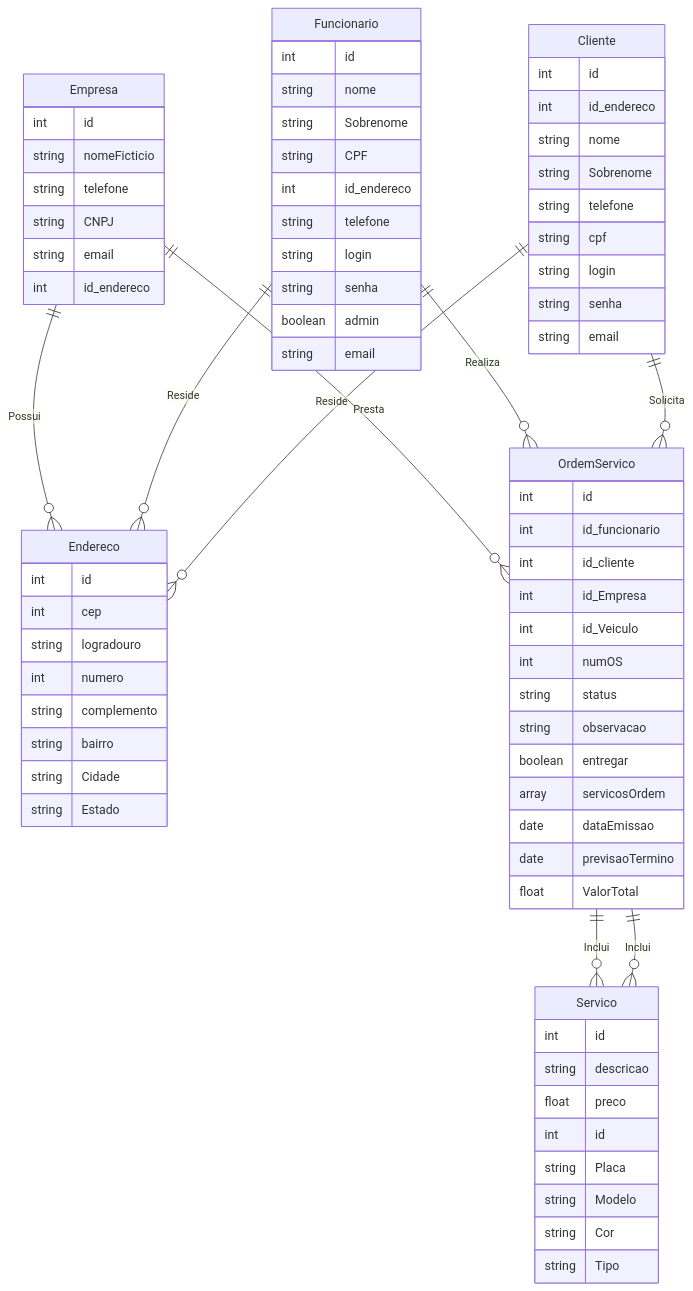
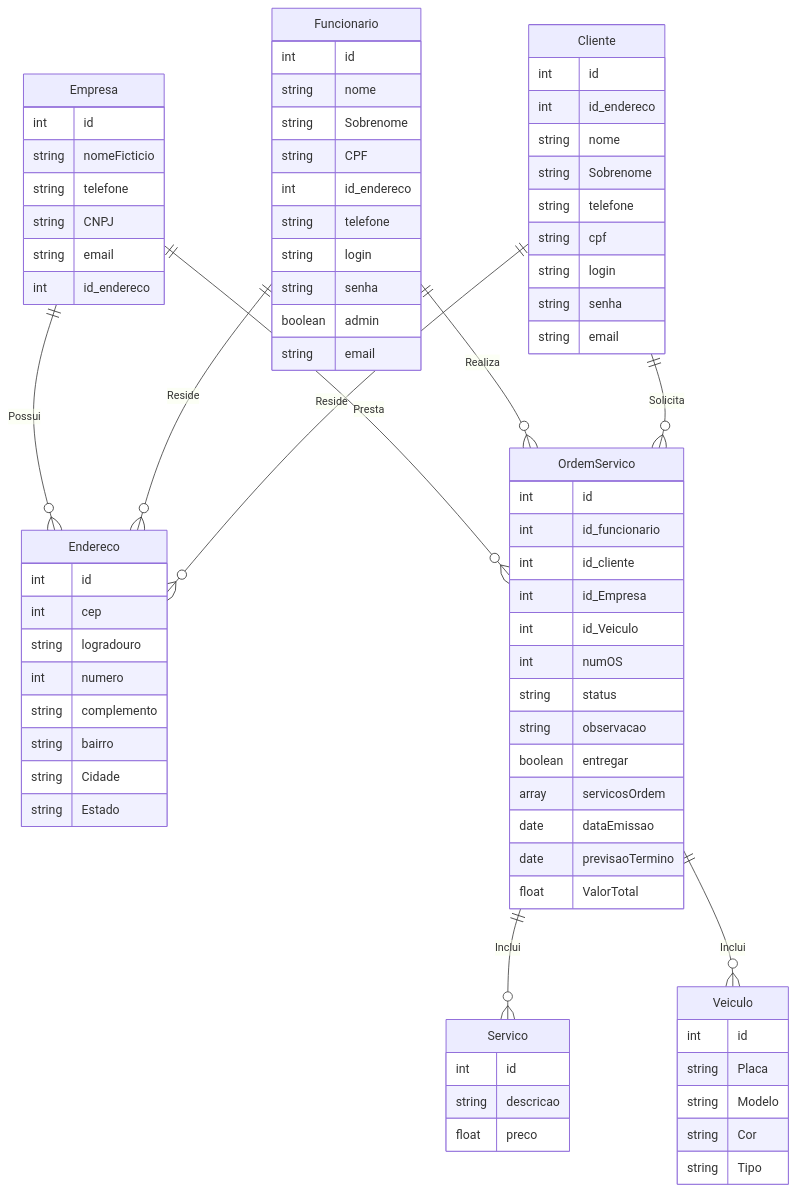
One commit to raunerlucas/Projeto-Sistema-LavaJato changed the diagram in README.md. Above: the diagram before and after it, drawn with Mermaid.

Commit message:
BC Update

````diff
--- a/README.md
+++ b/README.md
@@ -5,80 +5,80 @@
 ```mermaid
 erDiagram
   Empresa ||--o{ Endereco : Possui
   Empresa {
       int id
       string nomeFicticio
       string telefone
       string CNPJ
       string email
       int id_endereco
   }
   Funcionario ||--o{ Endereco : Reside
   Funcionario {
       int id
       string nome
       string Sobrenome
       string CPF
       int id_endereco
       string telefone
       string login
       string senha
       boolean admin
       string email
   }
   Cliente ||--o{ Endereco : Reside
   Cliente {
       int id
       int id_endereco
       string nome
       string Sobrenome
       string telefone
       string cpf
       string login
       string senha
       string email
   }
   Endereco {
       int id
       int cep
       string logradouro
       int numero
       string complemento
       string bairro
       string Cidade
       string Estado
   }
   Empresa ||--o{ OrdemServico : Presta
   Funcionario ||--o{ OrdemServico : Realiza
   Cliente ||--o{ OrdemServico : Solicita
   OrdemServico {
       int id
       int id_funcionario
       int id_cliente
       int id_Empresa
       int id_Veiculo
       int numOS
       string status
       string observacao
       boolean entregar
       array servicosOrdem
       date dataEmissao
       date previsaoTermino
       float ValorTotal
   }
   OrdemServico ||--o{ Servico : Inclui
   Servico {
       int id
       string descricao
       float preco
   }
-  OrdemServico ||--o{ Servico : Inclui
-  Servico {
+  OrdemServico ||--o{ Veiculo : Inclui
+  Veiculo {
       int id
       string Placa
       string Modelo
       string Cor
       string Tipo
       
   }
 ```
````
